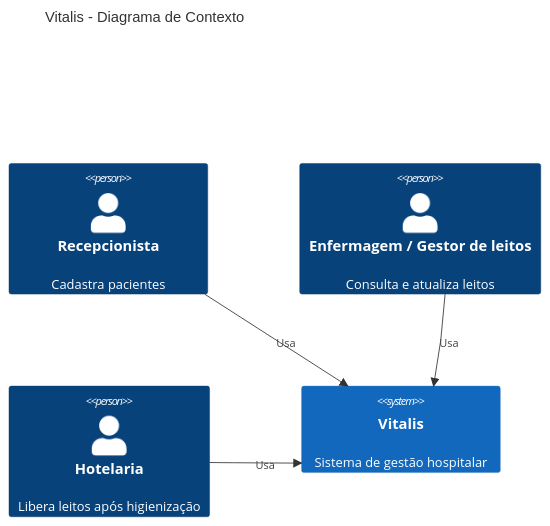
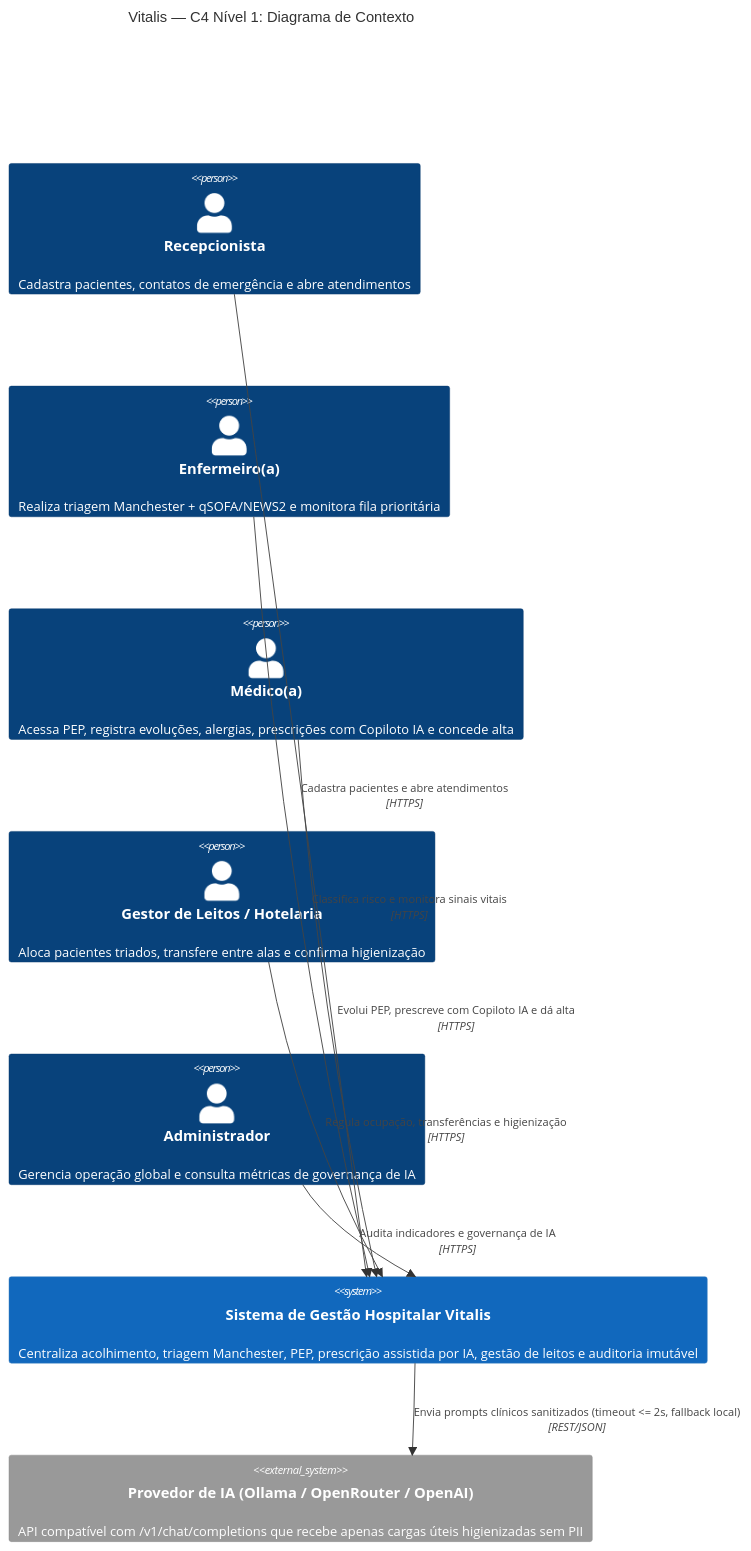
The first of 7 diagrams in docs/arquitetura.md (Engenharia-Software-ucsal/vitalis), drawn with Mermaid before and after one commit. The commit also changed other lines of this file and 20 other files, not shown here.

````diff
--- a/docs/arquitetura.md
+++ b/docs/arquitetura.md
@@ -19,11 +26,21 @@
 ```mermaid
 C4Context
-    title Vitalis - Diagrama de Contexto
-    Person(recepcao, "Recepcionista", "Cadastra pacientes")
-    Person(enfermagem, "Enfermagem / Gestor de leitos", "Consulta e atualiza leitos")
-    Person(hotelaria, "Hotelaria", "Libera leitos após higienização")
-    System(vitalis, "Vitalis", "Sistema de gestão hospitalar")
-    Rel(recepcao, vitalis, "Usa")
-    Rel(enfermagem, vitalis, "Usa")
-    Rel(hotelaria, vitalis, "Usa")
+    title Vitalis — C4 Nível 1: Diagrama de Contexto
+
+    Person(recepcao, "Recepcionista", "Cadastra pacientes, contatos de emergência e abre atendimentos")
+    Person(enfermagem, "Enfermeiro(a)", "Realiza triagem Manchester + qSOFA/NEWS2 e monitora fila prioritária")
+    Person(medico, "Médico(a)", "Acessa PEP, registra evoluções, alergias, prescrições com Copiloto IA e concede alta")
+    Person(gestorLeitos, "Gestor de Leitos / Hotelaria", "Aloca pacientes triados, transfere entre alas e confirma higienização")
+    Person(admin, "Administrador", "Gerencia operação global e consulta métricas de governança de IA")
+
+    System(vitalis, "Sistema de Gestão Hospitalar Vitalis", "Centraliza acolhimento, triagem Manchester, PEP, prescrição assistida por IA, gestão de leitos e auditoria imutável")
+
+    System_Ext(llmProvider, "Provedor de IA (Ollama / OpenRouter / OpenAI)", "API compatível com /v1/chat/completions que recebe apenas cargas úteis higienizadas sem PII")
+
+    Rel(recepcao, vitalis, "Cadastra pacientes e abre atendimentos", "HTTPS")
+    Rel(enfermagem, vitalis, "Classifica risco e monitora sinais vitais", "HTTPS")
+    Rel(medico, vitalis, "Evolui PEP, prescreve com Copiloto IA e dá alta", "HTTPS")
+    Rel(gestorLeitos, vitalis, "Regula ocupação, transferências e higienização", "HTTPS")
+    Rel(admin, vitalis, "Audita indicadores e governança de IA", "HTTPS")
+    Rel(vitalis, llmProvider, "Envia prompts clínicos sanitizados (timeout <= 2s, fallback local)", "REST/JSON")
 ```
````
